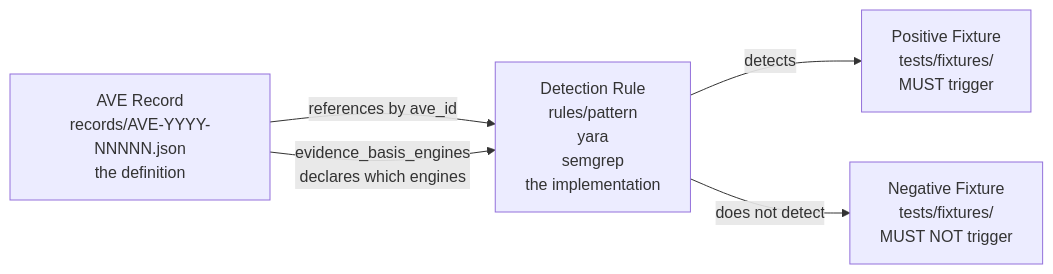
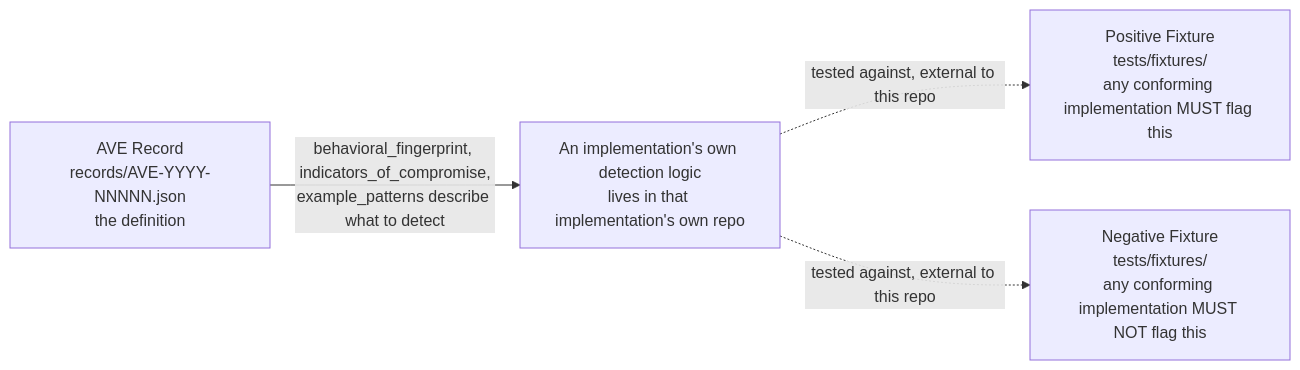
The diagram in ARCHITECTURE.md (aveproject/ave), drawn with Mermaid before and after one commit. The commit also changed other lines of this file and 153 other files, not shown here.

````diff
--- a/ARCHITECTURE.md
+++ b/ARCHITECTURE.md
@@ -33,12 +41,11 @@
 ```mermaid
 flowchart LR
     RECORD[AVE Record\nrecords/AVE-YYYY-NNNNN.json\nthe definition]
-    RULE[Detection Rule\nrules/pattern\nyara\nsemgrep\nthe implementation]
-    POS[Positive Fixture\ntests/fixtures/\nMUST trigger]
-    NEG[Negative Fixture\ntests/fixtures/\nMUST NOT trigger]
+    POS[Positive Fixture\ntests/fixtures/\nany conforming implementation MUST flag this]
+    NEG[Negative Fixture\ntests/fixtures/\nany conforming implementation MUST NOT flag this]
+    IMPL[An implementation's own detection logic\nlives in that implementation's own repo]
 
-    RECORD -->|references by ave_id| RULE
-    RULE -->|detects| POS
-    RULE -->|does not detect| NEG
-    RECORD -->|evidence_basis_engines\ndeclares which engines| RULE
+    RECORD -->|behavioral_fingerprint, indicators_of_compromise,\nexample_patterns describe what to detect| IMPL
+    IMPL -.->|tested against, external to this repo| POS
+    IMPL -.->|tested against, external to this repo| NEG
 ```
````
